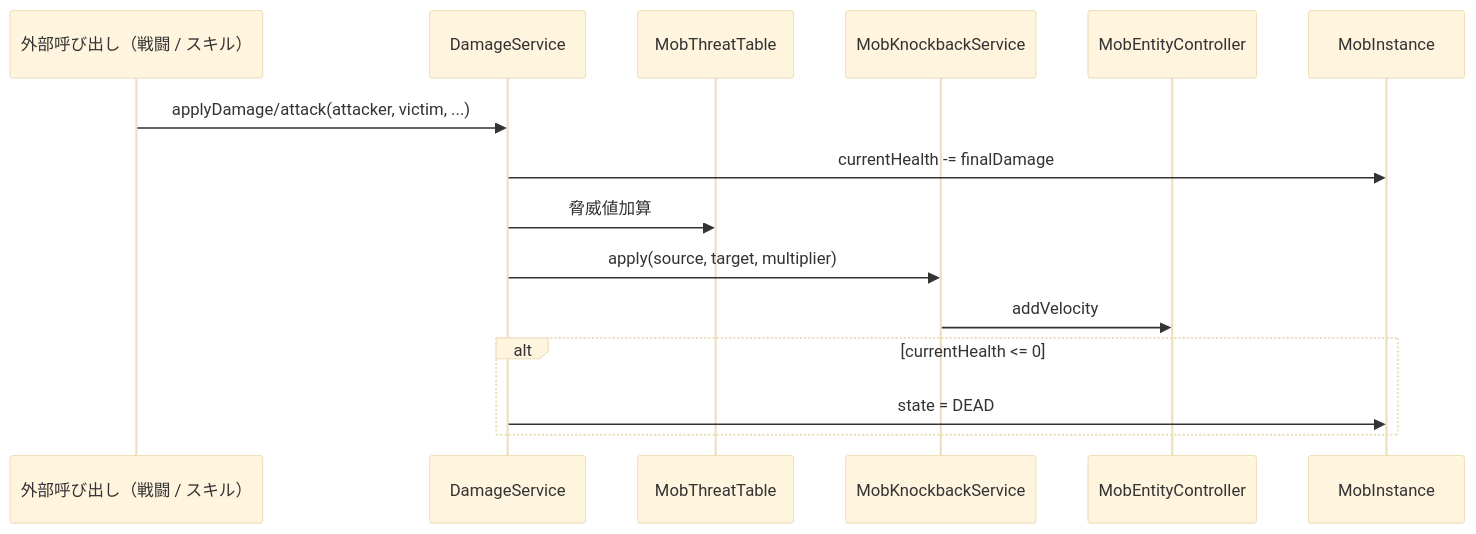
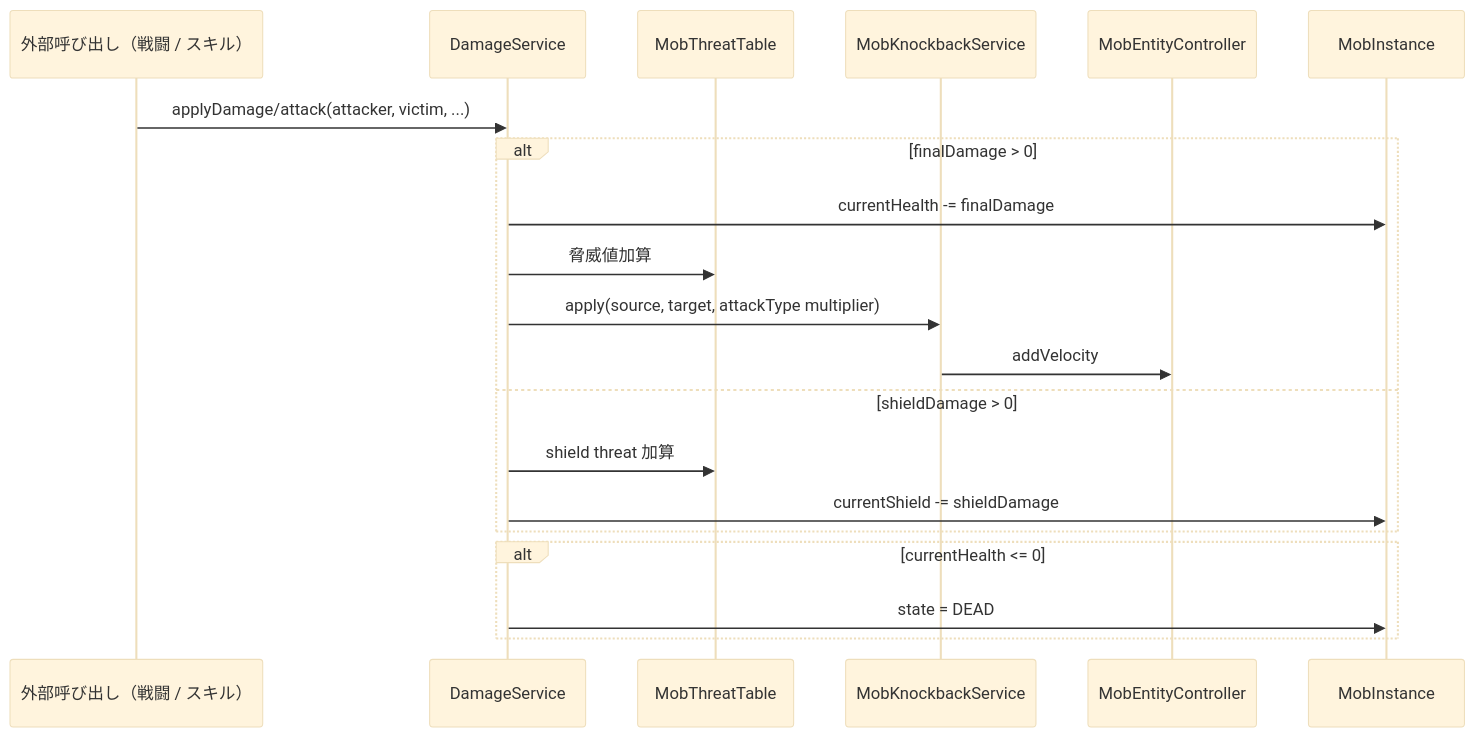
One commit to maaasu/AstralRecord-Workspace changed the fourth of 5 diagrams in 00_docs/10_プラグイン設計書/feature/12-mob/4-統合フロー/12_4.00-統合フロー.md. Above: the diagram before and after it, drawn with Mermaid (base theme). The commit also changed 9 other files, not shown here.

````diff
--- a/00_docs/10_プラグイン設計書/feature/12-mob/4-統合フロー/12_4.00-統合フロー.md
+++ b/00_docs/10_プラグイン設計書/feature/12-mob/4-統合フロー/12_4.00-統合フロー.md
@@ -91,18 +91,23 @@
 ```mermaid
 sequenceDiagram
     participant X as 外部呼び出し（戦闘 / スキル）
     participant DS as DamageService
     participant T as MobThreatTable
     participant KB as MobKnockbackService
     participant E as MobEntityController
     participant I as MobInstance
 
     X->>DS: applyDamage/attack(attacker, victim, ...)
-    DS->>I: currentHealth -= finalDamage
-    DS->>T: 脅威値加算
-    DS->>KB: apply(source, target, multiplier)
-    KB->>E: addVelocity
+    alt finalDamage > 0
+        DS->>I: currentHealth -= finalDamage
+        DS->>T: 脅威値加算
+        DS->>KB: apply(source, target, attackType multiplier)
+        KB->>E: addVelocity
+    else shieldDamage > 0
+        DS->>T: shield threat 加算
+        DS->>I: currentShield -= shieldDamage
+    end
     alt currentHealth <= 0
         DS->>I: state = DEAD
     end
 ```
````
